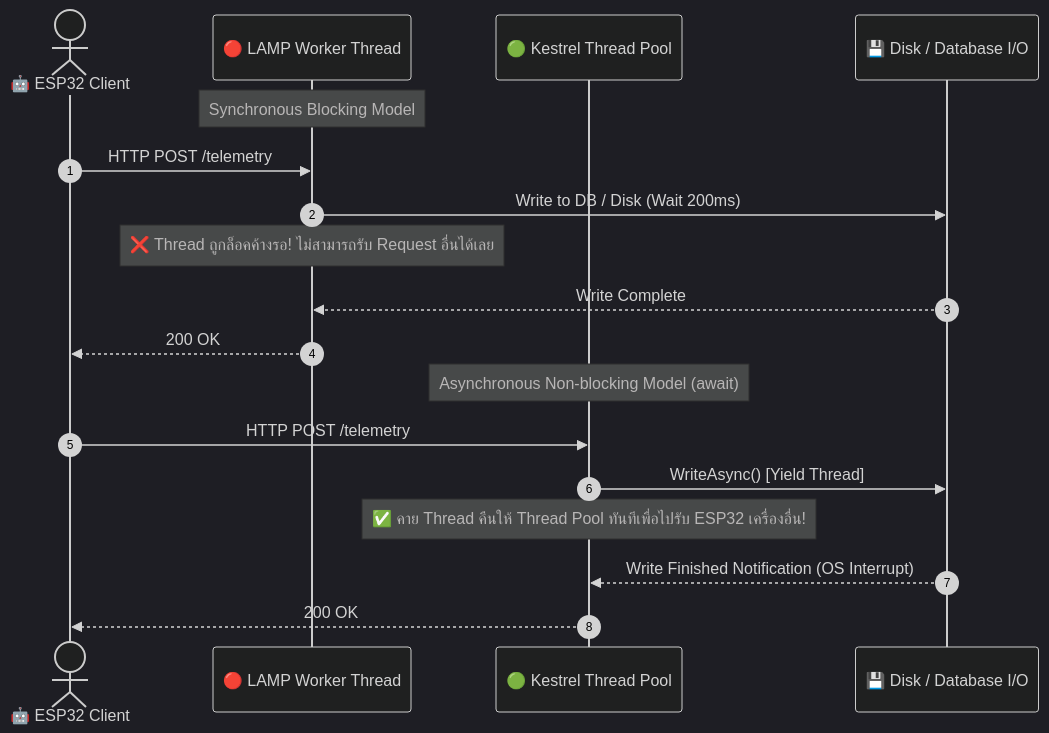
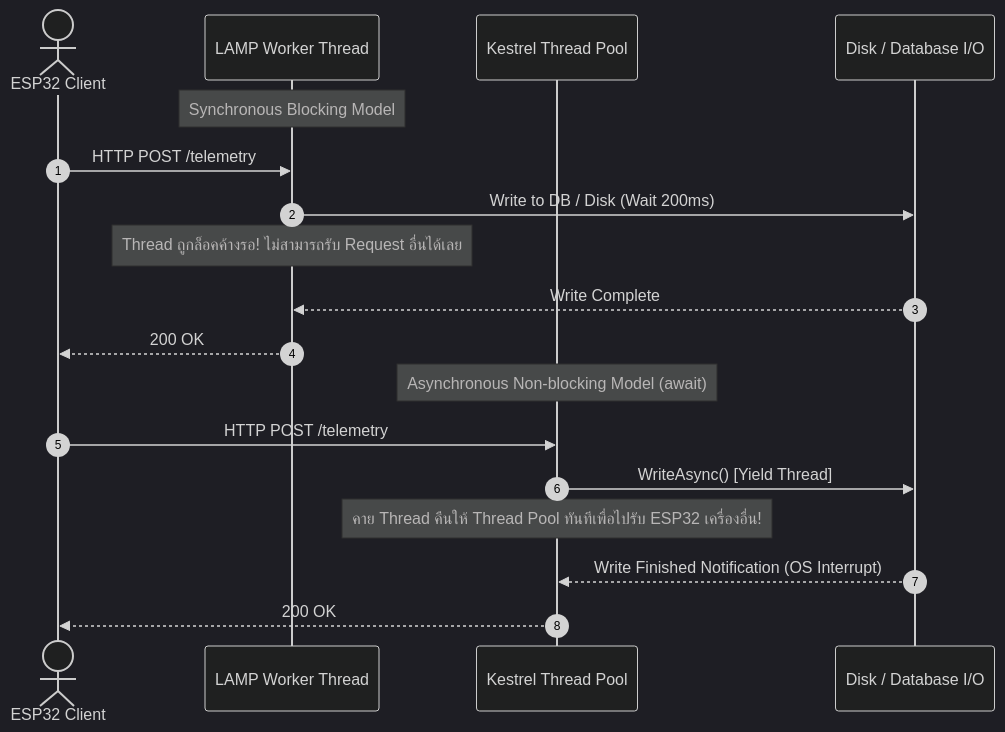
Before and after one commit to 016Rusneeda/Week-08-Kestrel-Web-Server: the fourth of 6 diagrams in 01-Edge-WebServer-and-Kestrel-Architecture.md, drawn with Mermaid (dark theme). The commit also changed other lines of this file and 27 other files, not shown here.

````diff
--- a/01-Edge-WebServer-and-Kestrel-Architecture.md
+++ b/01-Edge-WebServer-and-Kestrel-Architecture.md
@@ -108,22 +119,22 @@
 ```mermaid
 sequenceDiagram
     autonumber
-    actor ESP32 as 🤖 ESP32 Client
-    participant Thread_LAMP as 🔴 LAMP Worker Thread
-    participant Thread_Kestrel as 🟢 Kestrel Thread Pool
-    participant Storage as 💾 Disk / Database I/O
+    actor ESP32 as ESP32 Client
+    participant Thread_LAMP as  LAMP Worker Thread
+    participant Thread_Kestrel as  Kestrel Thread Pool
+    participant Storage as Disk / Database I/O
 
     Note over Thread_LAMP: Synchronous Blocking Model
     ESP32->>Thread_LAMP: HTTP POST /telemetry
     Thread_LAMP->>Storage: Write to DB / Disk (Wait 200ms)
-    Note over Thread_LAMP: ❌ Thread ถูกล็อคค้างรอ! ไม่สามารถรับ Request อื่นได้เลย
+    Note over Thread_LAMP:  Thread ถูกล็อคค้างรอ! ไม่สามารถรับ Request อื่นได้เลย
     Storage-->>Thread_LAMP: Write Complete
     Thread_LAMP-->>ESP32: 200 OK
 
     Note over Thread_Kestrel: Asynchronous Non-blocking Model (await)
     ESP32->>Thread_Kestrel: HTTP POST /telemetry
     Thread_Kestrel->>Storage: WriteAsync() [Yield Thread]
-    Note over Thread_Kestrel: ✅ คาย Thread คืนให้ Thread Pool ทันทีเพื่อไปรับ ESP32 เครื่องอื่น!
+    Note over Thread_Kestrel: คาย Thread คืนให้ Thread Pool ทันทีเพื่อไปรับ ESP32 เครื่องอื่น!
     Storage-->>Thread_Kestrel: Write Finished Notification (OS Interrupt)
     Thread_Kestrel-->>ESP32: 200 OK
 ```
````
